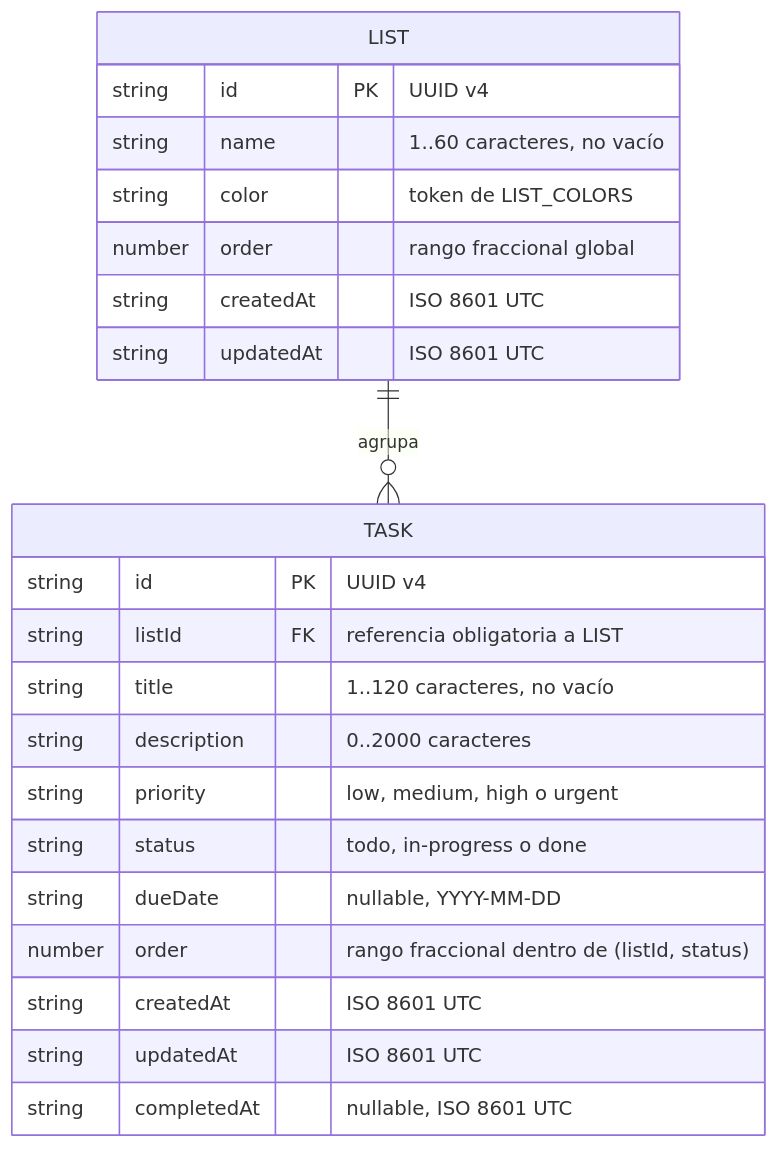
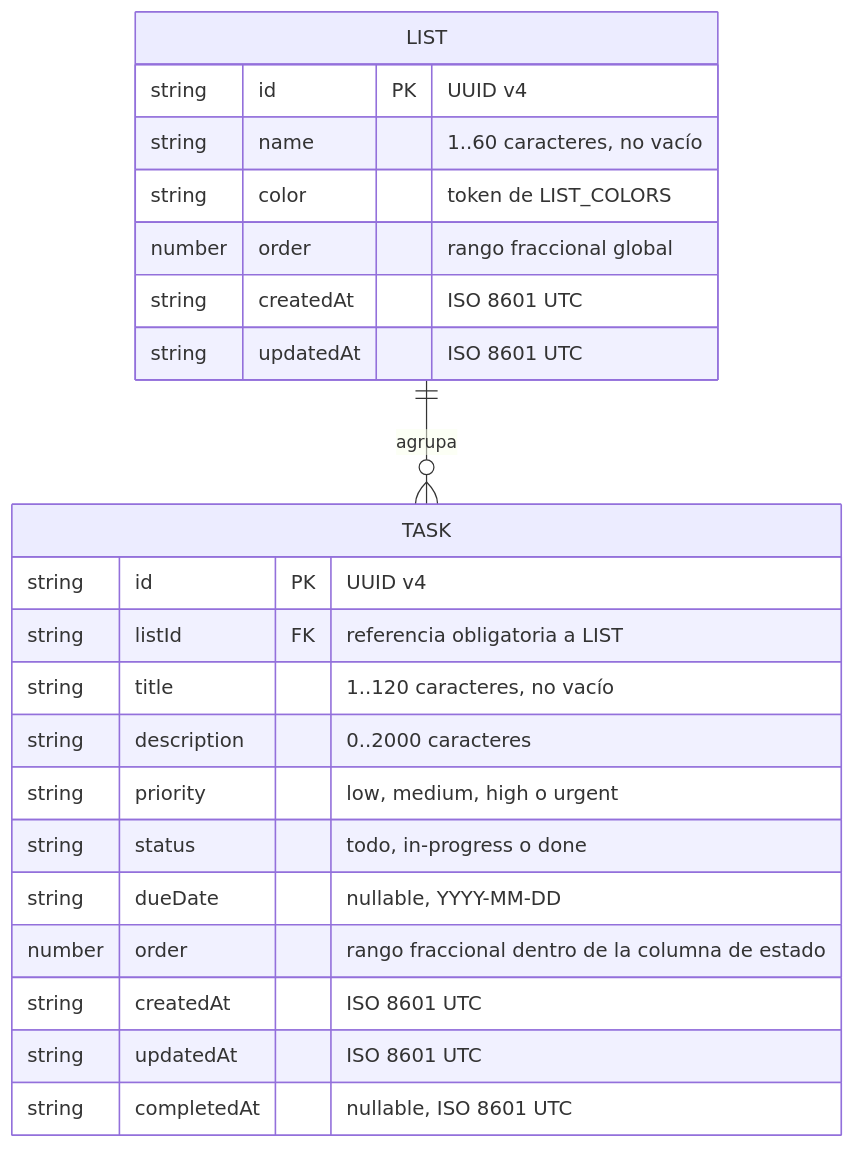
The second of 3 diagrams in ARCHITECTURE.md (NicolasAndradeRetamal/tareas-angular), drawn with Mermaid before and after one commit. The commit also changed other lines of this file and 2 other files, not shown here.

````diff
--- a/ARCHITECTURE.md
+++ b/ARCHITECTURE.md
@@ -459,27 +459,27 @@
 ```mermaid
 erDiagram
     LIST ||--o{ TASK : "agrupa"
 
     LIST {
         string id PK "UUID v4"
         string name "1..60 caracteres, no vacío"
         string color "token de LIST_COLORS"
         number order "rango fraccional global"
         string createdAt "ISO 8601 UTC"
         string updatedAt "ISO 8601 UTC"
     }
 
     TASK {
         string id PK "UUID v4"
         string listId FK "referencia obligatoria a LIST"
         string title "1..120 caracteres, no vacío"
         string description "0..2000 caracteres"
         string priority "low, medium, high o urgent"
         string status "todo, in-progress o done"
         string dueDate "nullable, YYYY-MM-DD"
-        number order "rango fraccional dentro de (listId, status)"
+        number order "rango fraccional dentro de la columna de estado"
         string createdAt "ISO 8601 UTC"
         string updatedAt "ISO 8601 UTC"
         string completedAt "nullable, ISO 8601 UTC"
     }
 ```
````
